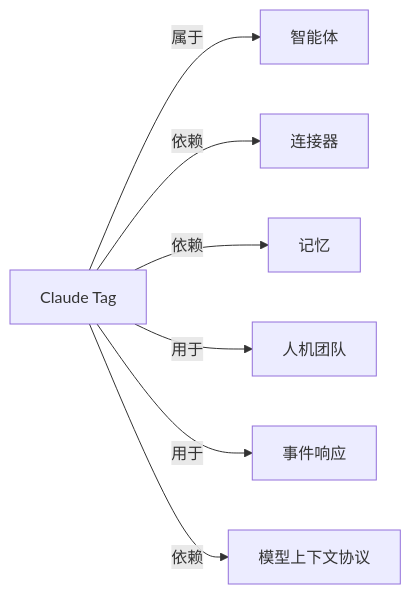
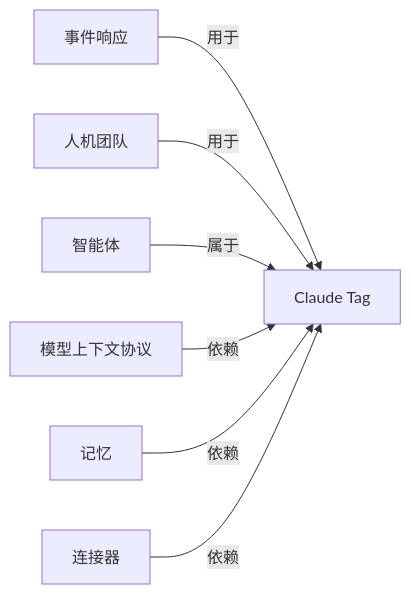
One commit to yibie/claude-best-practices-zh changed the diagram in wiki/Claude-Tag.md. Above: the diagram before and after it, drawn with Mermaid. The commit also changed other lines of this file and 407 other files, not shown here.

Commit message:
feat: DeepSeek 三遍审校（译文/关系/图谱）+ 可部署静态站点

````diff
--- a/wiki/Claude-Tag.md
+++ b/wiki/Claude-Tag.md
@@ -48,10 +50,10 @@
 ```mermaid
 graph LR
   C["Claude Tag"]
-  C -->|属于| N0["智能体"]
-  C -->|依赖| N1["连接器"]
-  C -->|依赖| N2["记忆"]
-  C -->|用于| N3["人机团队"]
-  C -->|用于| N4["事件响应"]
-  C -->|依赖| N5["模型上下文协议"]
+  N0["事件响应"] -->|用于| C
+  N1["人机团队"] -->|用于| C
+  N2["智能体"] -->|属于| C
+  N3["模型上下文协议"] -->|依赖| C
+  N4["记忆"] -->|依赖| C
+  N5["连接器"] -->|依赖| C
 ```
````
